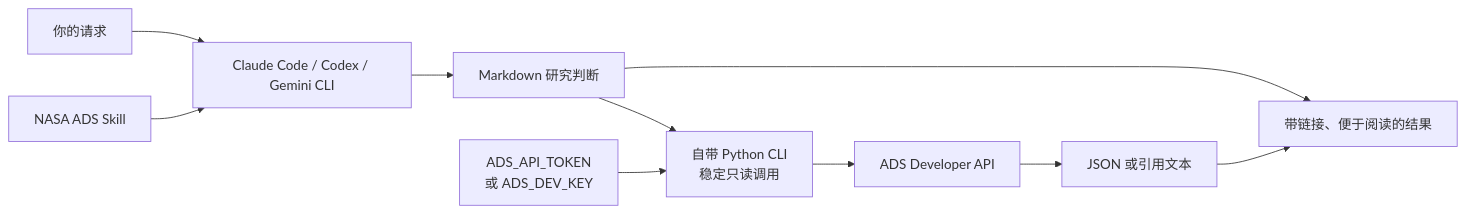
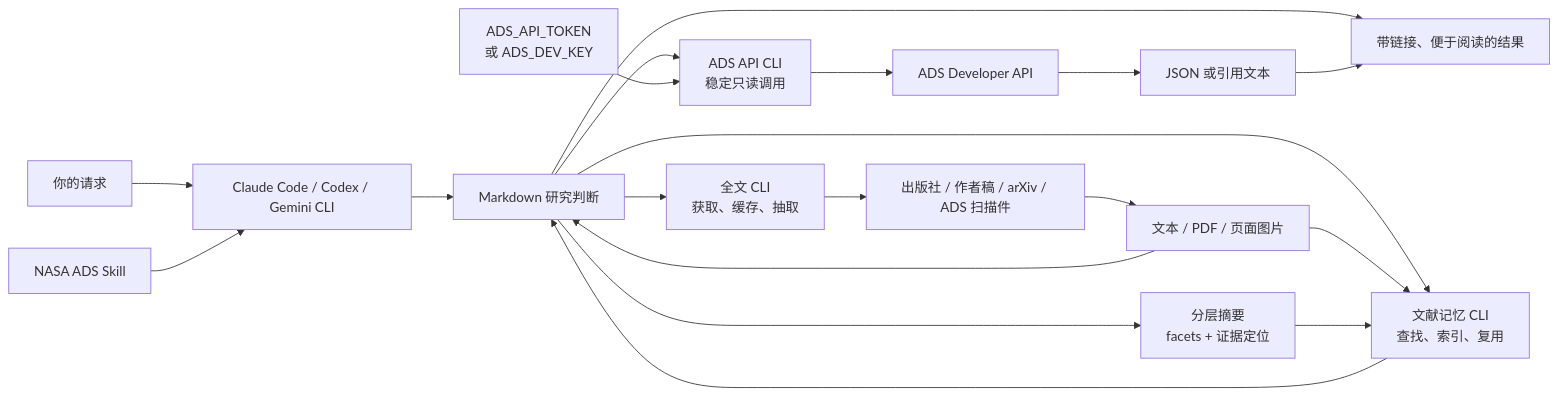
Before and after one commit to SukiYume/nasa-ads-skill: the diagram in README.zh-CN.md, drawn with Mermaid. The commit also changed other lines of this file and 25 other files, not shown here.

````diff
--- a/README.zh-CN.md
+++ b/README.zh-CN.md
@@ -73,12 +77,21 @@
 ```mermaid
 flowchart LR
     A["你的请求"] --> B["Claude Code / Codex / Gemini CLI"]
     S["NASA ADS Skill"] --> B
     B --> M["Markdown 研究判断"]
-    M --> P["自带 Python CLI<br/>稳定只读调用"]
+    M --> P["ADS API CLI<br/>稳定只读调用"]
+    M --> F["全文 CLI<br/>获取、缓存、抽取"]
+    M --> L["文献记忆 CLI<br/>查找、索引、复用"]
     T["ADS_API_TOKEN<br/>或 ADS_DEV_KEY"] --> P
     P --> C["ADS Developer API"]
+    F --> X["出版社 / 作者稿 / arXiv / ADS 扫描件"]
     C --> D["JSON 或引用文本"]
+    X --> R["文本 / PDF / 页面图片"]
+    R --> M
+    M --> K["分层摘要<br/>facets + 证据定位"]
+    R --> L
+    K --> L
+    L --> M
     M --> E["带链接、便于阅读的结果"]
     D --> E
 ```
````
